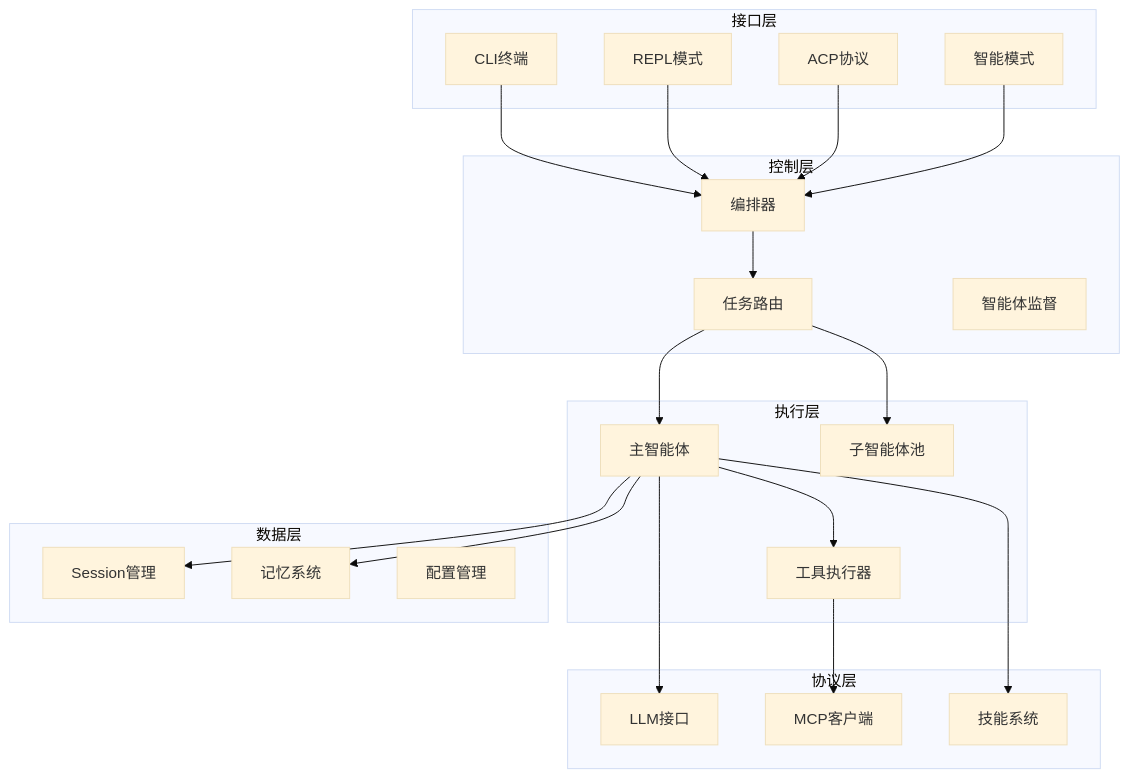
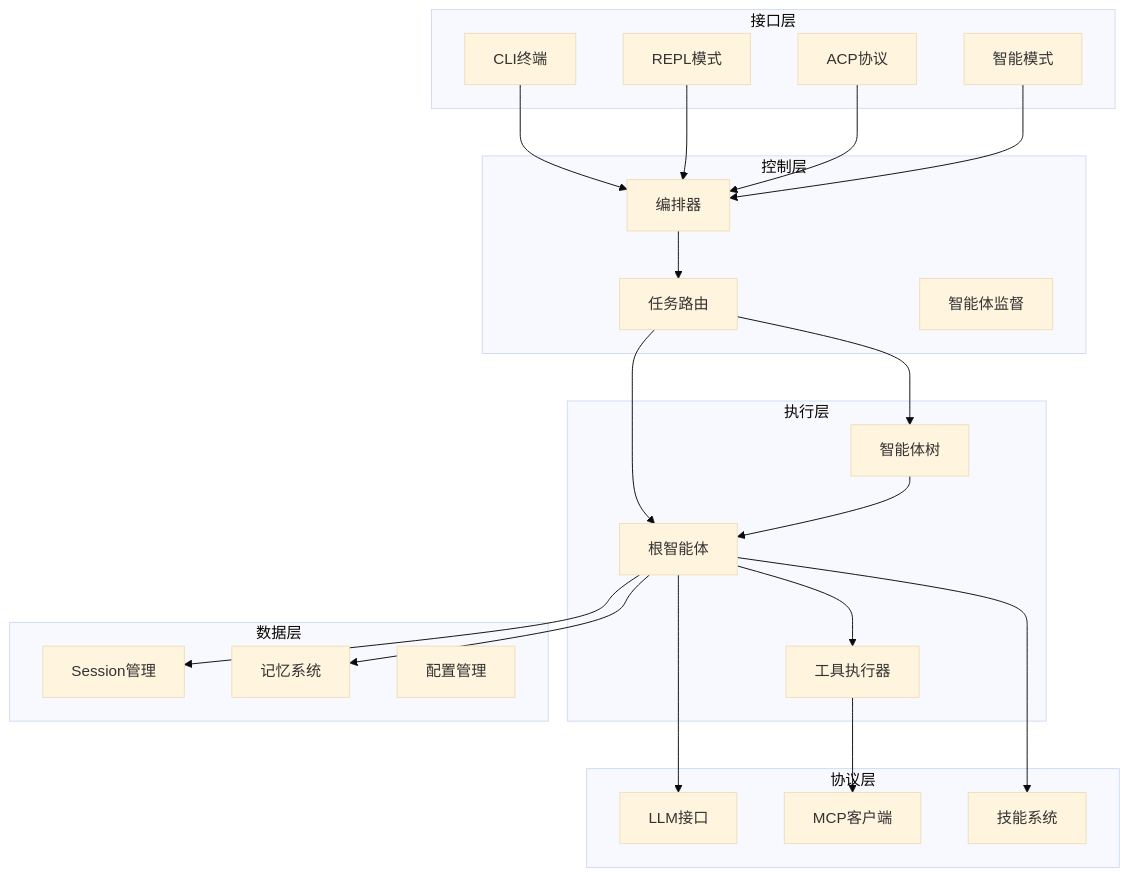
The first of 15 diagrams in progress/TECH.md (MiyakoMeow/neco), drawn with Mermaid (base theme) before and after one commit. The commit also changed other lines of this file and 1 other file, not shown here.

````diff
--- a/progress/TECH.md
+++ b/progress/TECH.md
@@ -56,50 +166,51 @@
 ```mermaid
 graph TB
     subgraph "接口层"
         CLI[CLI终端]
         REPL[REPL模式]
         ACP[ACP协议]
         Auto[智能模式]
     end
 
     subgraph "控制层"
         Orchestrator[编排器]
         Router[任务路由]
         Supervisor[智能体监督]
     end
 
     subgraph "执行层"
-        Agent[主智能体]
-        SubAgent[子智能体池]
+        Agent[根智能体]
+        AgentTree[智能体树]
         Tools[工具执行器]
     end
 
     subgraph "数据层"
         Session[Session管理]
         Memory[记忆系统]
         Config[配置管理]
     end
 
     subgraph "协议层"
         LLM[LLM接口]
         MCP[MCP客户端]
         Skills[技能系统]
     end
 
     CLI --> Orchestrator
     REPL --> Orchestrator
     ACP --> Orchestrator
     Auto --> Orchestrator
 
     Orchestrator --> Router
     Router --> Agent
-    Router --> SubAgent
+    Router --> AgentTree
+    AgentTree --> Agent
 
     Agent --> Session
     Agent --> Memory
     Agent --> Tools
 
     Agent --> LLM
     Tools --> MCP
     Agent --> Skills
 ```
````
